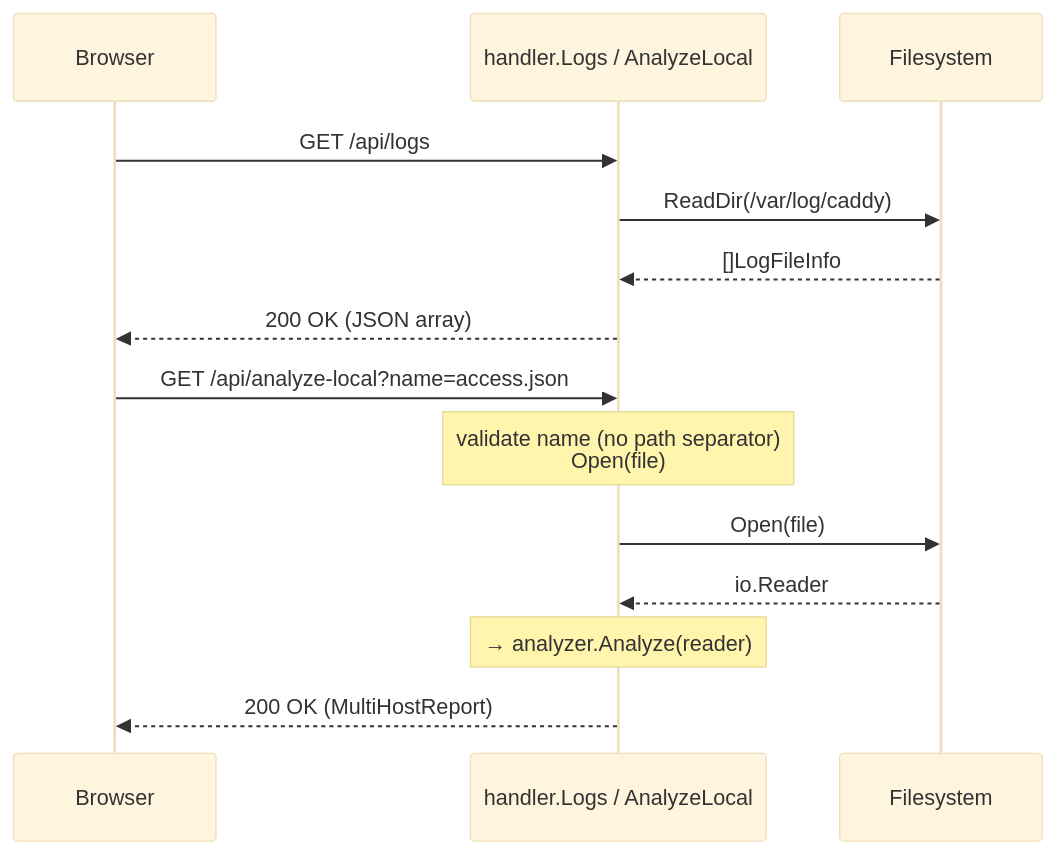
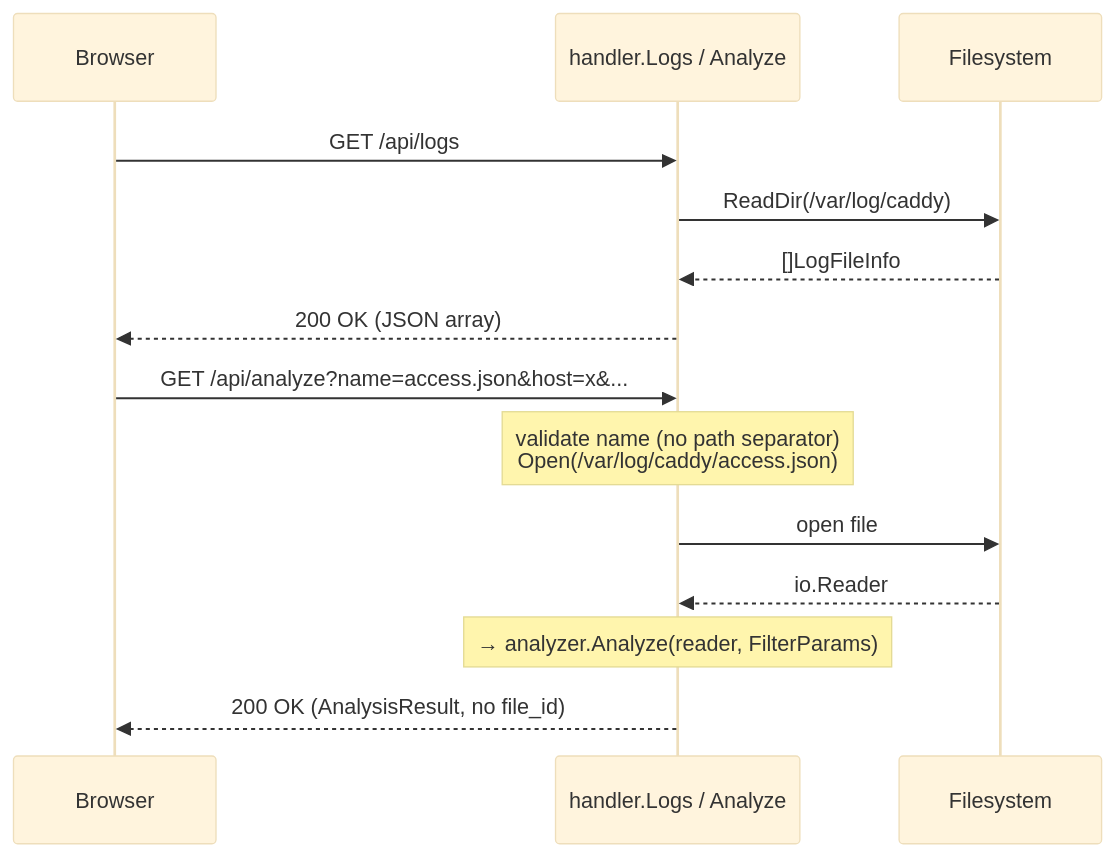
One commit to bjblazko/caddyshack changed the third of 4 diagrams in doc/arch/06_runtime_view.md. Above: the diagram before and after it, drawn with Mermaid (base theme). The commit also changed other lines of this file and 18 other files, not shown here.

````diff
--- a/doc/arch/06_runtime_view.md
+++ b/doc/arch/06_runtime_view.md
@@ -37,18 +63,18 @@
 ```mermaid
 sequenceDiagram
     participant B as Browser
-    participant H as handler.Logs / AnalyzeLocal
+    participant H as handler.Logs / Analyze
     participant FS as Filesystem
 
     B->>H: GET /api/logs
     H->>FS: ReadDir(/var/log/caddy)
     FS-->>H: []LogFileInfo
     H-->>B: 200 OK (JSON array)
 
-    B->>H: GET /api/analyze-local?name=access.json
-    Note over H: validate name (no path separator)<br/>Open(file)
-    H->>FS: Open(file)
+    B->>H: GET /api/analyze?name=access.json&host=x&...
+    Note over H: validate name (no path separator)<br/>Open(/var/log/caddy/access.json)
+    H->>FS: open file
     FS-->>H: io.Reader
-    Note over H: → analyzer.Analyze(reader)
-    H-->>B: 200 OK (MultiHostReport)
+    Note over H: → analyzer.Analyze(reader, FilterParams)
+    H-->>B: 200 OK (AnalysisResult, no file_id)
 ```
````
